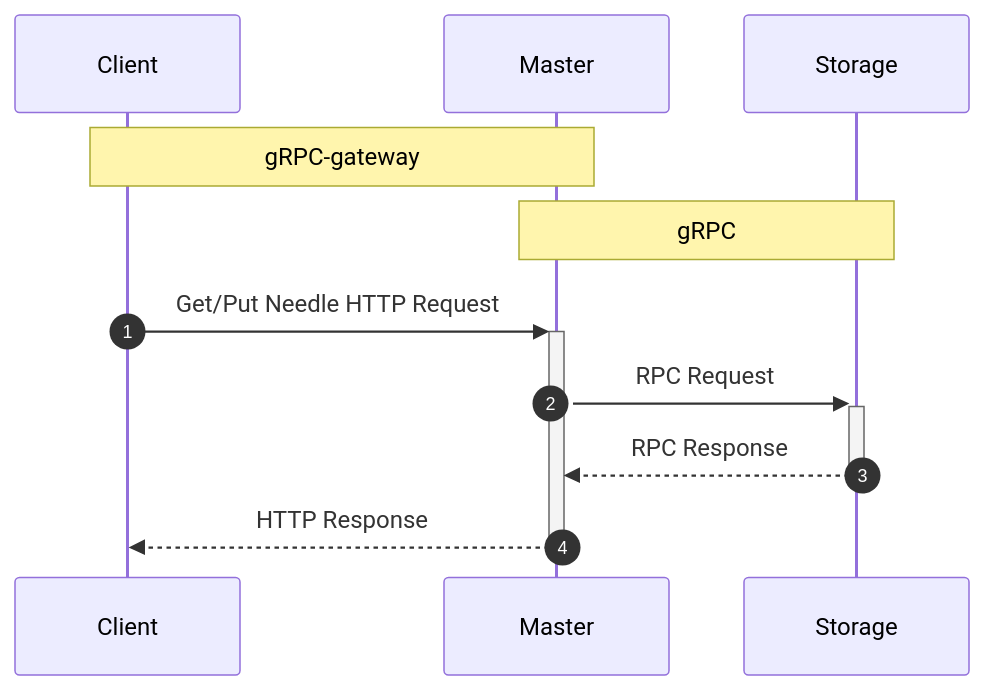
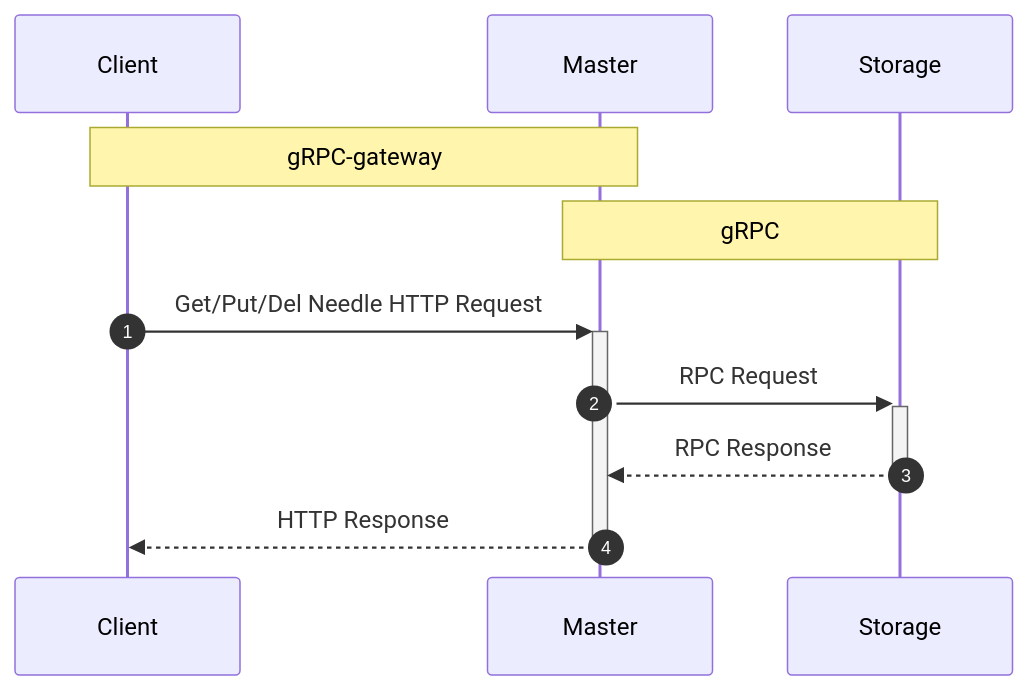
The first of 4 diagrams in README.md (chillsoul/piefs), drawn with Mermaid before and after one commit. The commit also changed other lines of this file and 3 other files, not shown here.

````diff
--- a/README.md
+++ b/README.md
@@ -35,11 +35,11 @@
 ```mermaid
 sequenceDiagram
 autonumber
     note over Client,Master:gRPC-gateway
     note over Master,Storage:gRPC
-    Client->>+Master: Get/Put Needle HTTP Request
+    Client->>+Master: Get/Put/Del Needle HTTP Request
     Master->>+Storage: RPC Request
     Storage-->>-Master: RPC Response
     Master-->>-Client: HTTP Response
 
 ```
````
